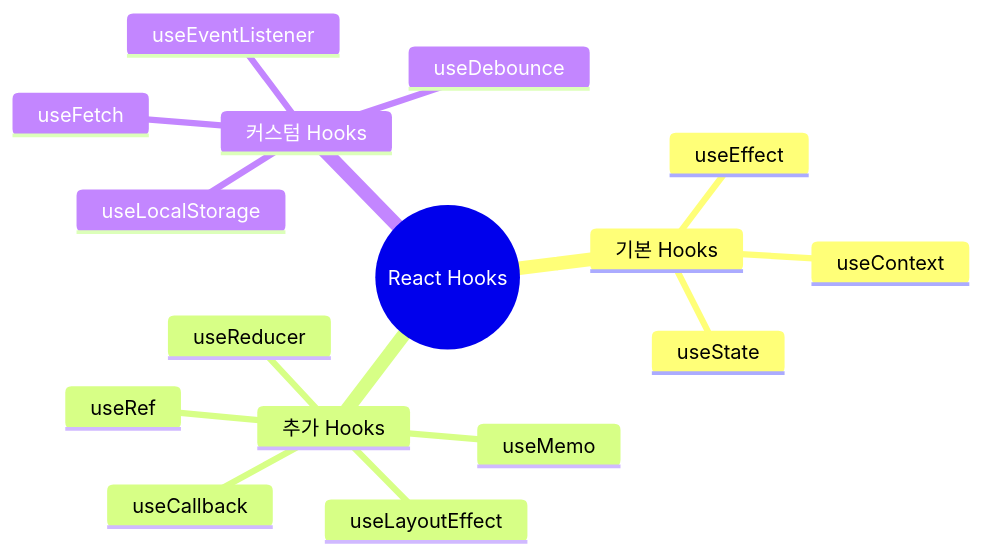
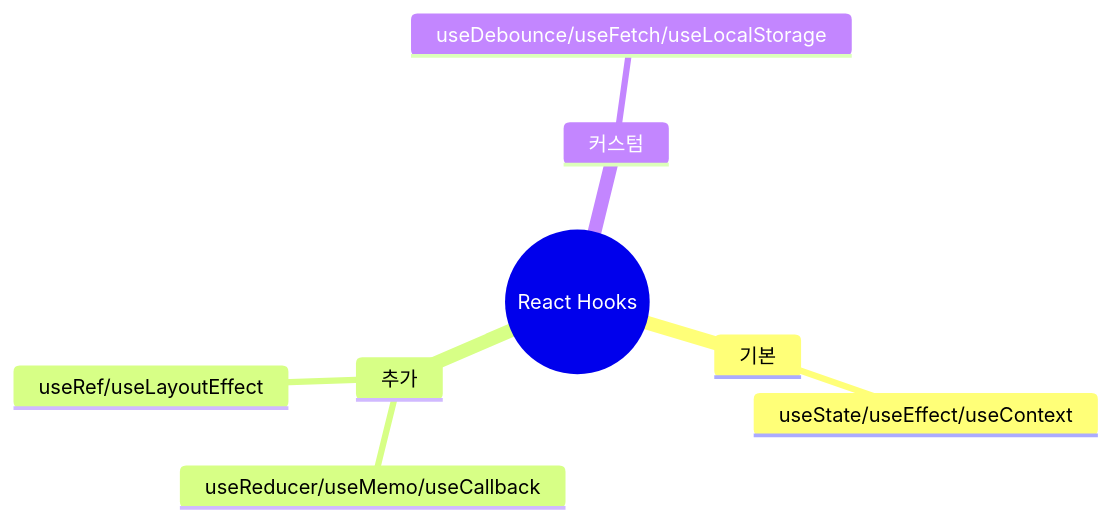
One commit to yjkim2015/yjkim2015.github.io changed the first of 6 diagrams in _posts/frontend/2026-05-02-react-hooks.md. Above: the diagram before and after it, drawn with Mermaid. The commit also changed other lines of this file and 215 other files, not shown here.

First line of the commit message:
신규 포스트 10개 추가 + Mermaid 전면 축소 + SystemDesign 시리즈 보강

````diff
--- a/_posts/frontend/2026-05-02-react-hooks.md
+++ b/_posts/frontend/2026-05-02-react-hooks.md
@@ -22,19 +22,11 @@
 ```mermaid
 mindmap
   root((React Hooks))
-    기본 Hooks
-      useState
-      useEffect
-      useContext
-    추가 Hooks
-      useReducer
-      useMemo
-      useCallback
-      useRef
-      useLayoutEffect
-    커스텀 Hooks
-      useDebounce
-      useFetch
-      useLocalStorage
-      useEventListener
+    기본
+      useState/useEffect/useContext
+    추가
+      useReducer/useMemo/useCallback
+      useRef/useLayoutEffect
+    커스텀
+      useDebounce/useFetch/useLocalStorage
 ```
````
